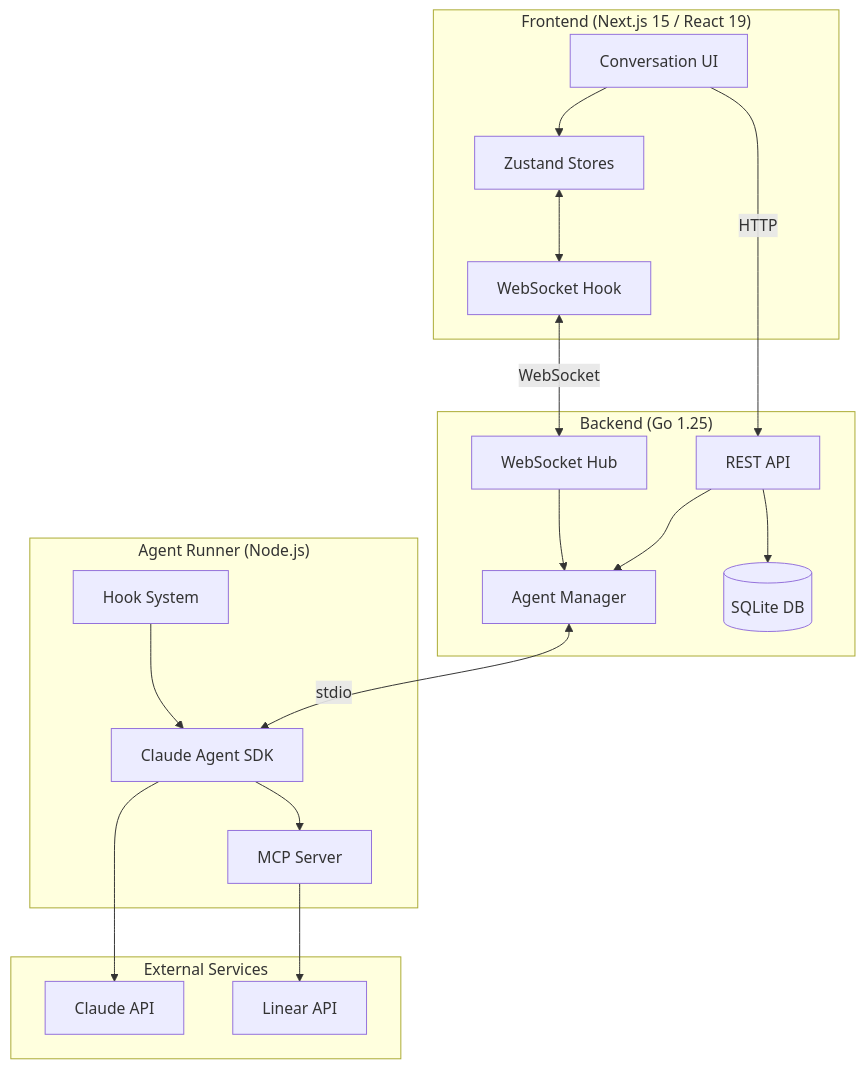
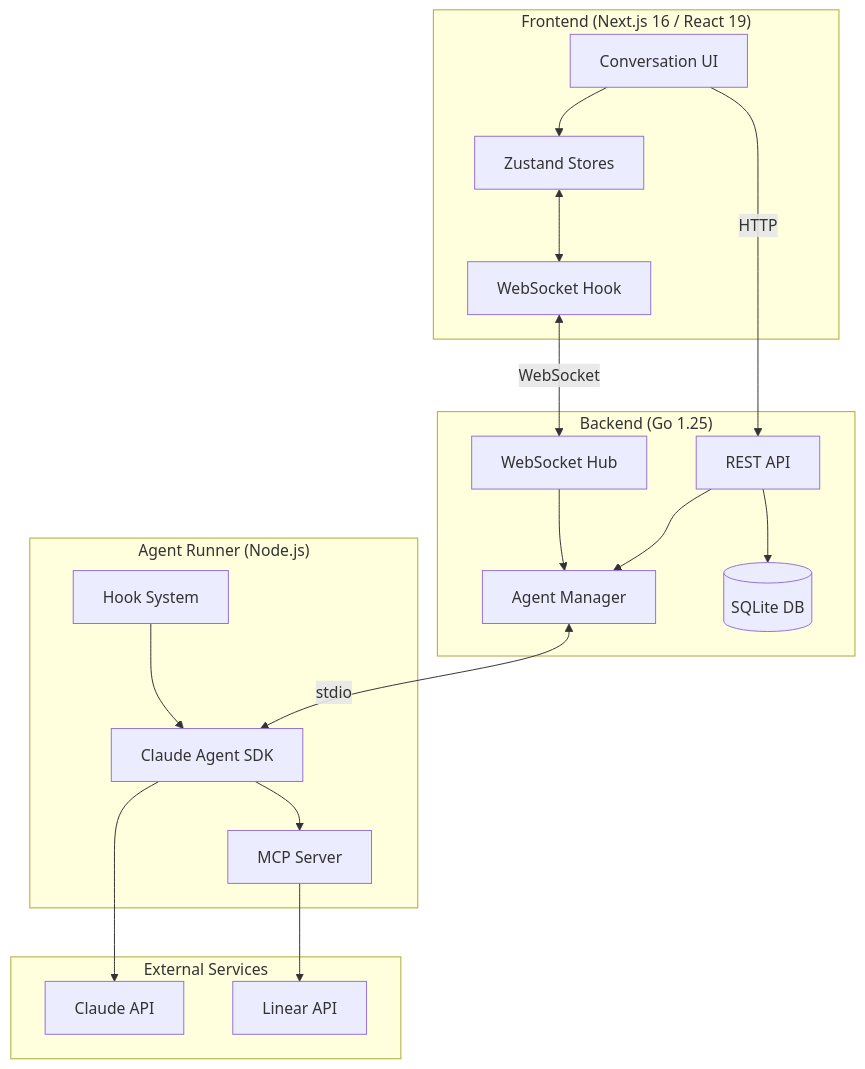
Before and after one commit to chatml/chatml: the first of 3 diagrams in docs/conversation-architecture.md, drawn with Mermaid. The commit also changed 6 other files, not shown here.

````diff
--- a/docs/conversation-architecture.md
+++ b/docs/conversation-architecture.md
@@ -16,39 +16,39 @@
 ```mermaid
 graph TB
-    subgraph Frontend["Frontend (Next.js 15 / React 19)"]
+    subgraph Frontend["Frontend (Next.js 16 / React 19)"]
         UI[Conversation UI]
         Store[Zustand Stores]
         WS[WebSocket Hook]
     end
 
     subgraph Backend["Backend (Go 1.25)"]
         API[REST API]
         Hub[WebSocket Hub]
         Manager[Agent Manager]
         SQLite[(SQLite DB)]
     end
 
     subgraph AgentRunner["Agent Runner (Node.js)"]
         SDK[Claude Agent SDK]
         MCP[MCP Server]
         Hooks[Hook System]
     end
 
     subgraph External["External Services"]
         Claude[Claude API]
         Linear[Linear API]
     end
 
     UI --> Store
     Store <--> WS
     WS <-->|WebSocket| Hub
     UI -->|HTTP| API
     API --> Manager
     API --> SQLite
     Manager <-->|stdio| SDK
     Hub --> Manager
     SDK --> Claude
     MCP --> Linear
     SDK --> MCP
     Hooks --> SDK
 ```
````
